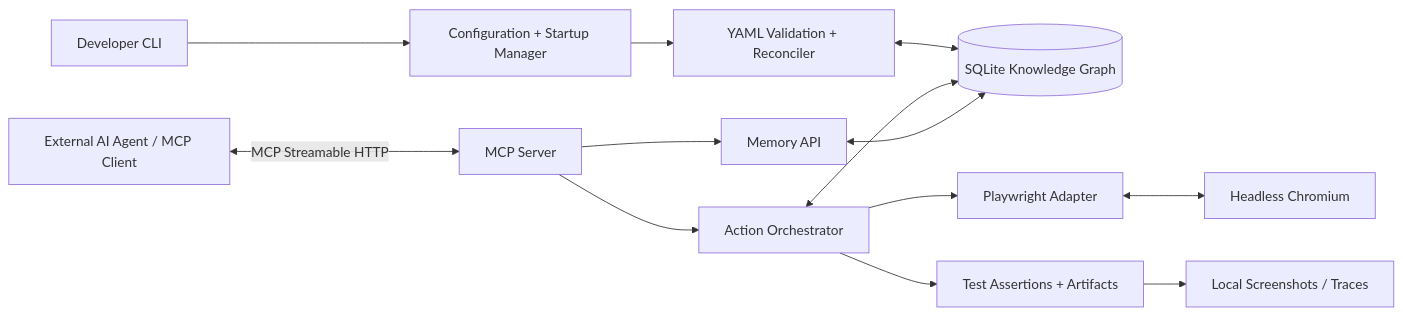
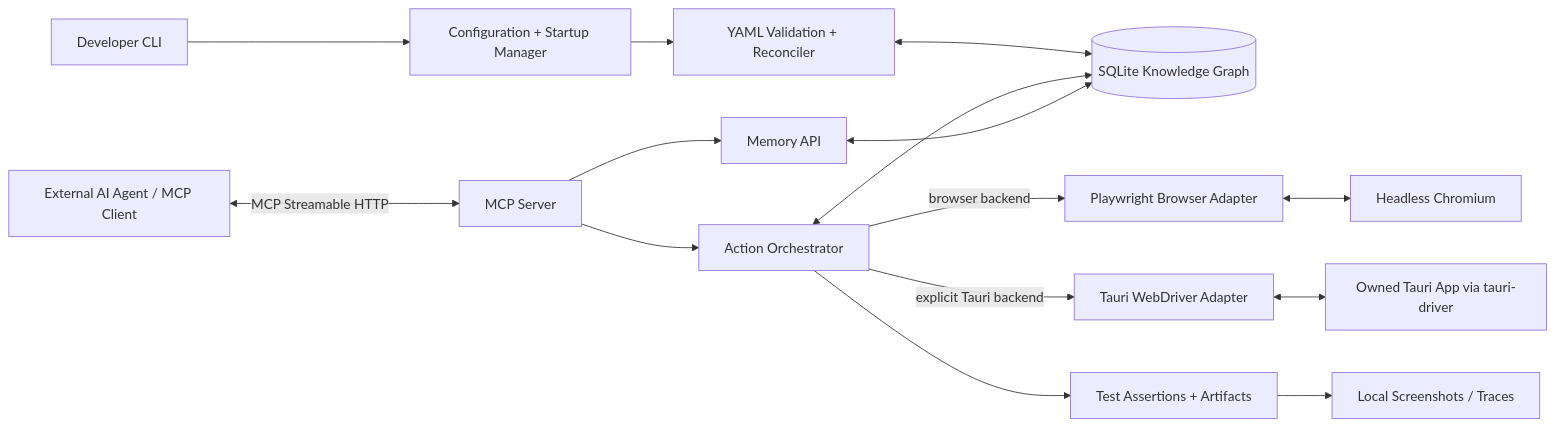
Before and after one commit to Mikerad1/ui_testing_tool: the diagram in docs/UI_Memory_Browser_PRD.md, drawn with Mermaid. The commit also changed other lines of this file and 1 other file, not shown here.

Commit message:
docs: define Playwright to Tauri parity roadmap

````diff
--- a/docs/UI_Memory_Browser_PRD.md
+++ b/docs/UI_Memory_Browser_PRD.md
@@ -72,15 +74,17 @@
 ```mermaid
 flowchart LR
   A[External AI Agent / MCP Client] <-->|MCP Streamable HTTP| M[MCP Server]
   U[Developer CLI] --> C[Configuration + Startup Manager]
   C --> Y[YAML Validation + Reconciler]
   Y <--> K[(SQLite Knowledge Graph)]
   M --> O[Action Orchestrator]
-  O --> P[Playwright Adapter]
+  O -->|browser backend| P[Playwright Browser Adapter]
   P <--> B[Headless Chromium]
+  O -->|explicit Tauri backend| T[Tauri WebDriver Adapter]
+  T <--> D[Owned Tauri App via tauri-driver]
   O <--> K
   O --> E[Test Assertions + Artifacts]
   E --> F[Local Screenshots / Traces]
   M --> Q[Memory API]
   Q <--> K
 ```
````
